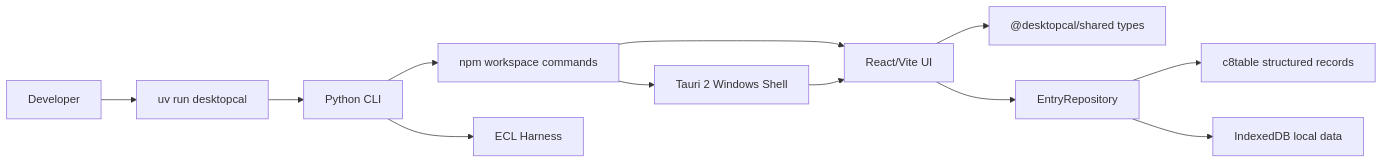
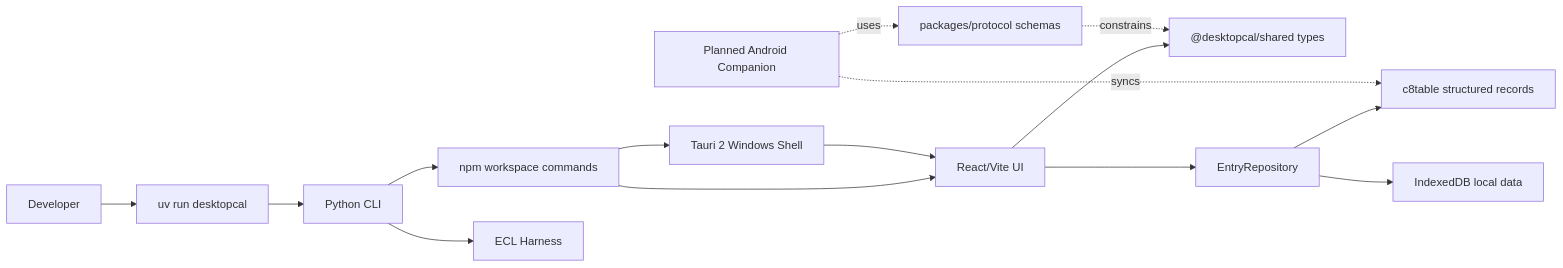
Before and after one commit to HANSEN749/desktopcal-c8table: the first of 2 diagrams in docs/ARCHITECTURE.md, drawn with Mermaid. The commit also changed other lines of this file and 11 other files, not shown here.

Commit message:
Add Android companion protocol plan

````diff
--- a/docs/ARCHITECTURE.md
+++ b/docs/ARCHITECTURE.md
@@ -12,14 +12,17 @@
 ```mermaid
 flowchart LR
   User["Developer"] --> UV["uv run desktopcal"]
   UV --> PyCLI["Python CLI"]
   PyCLI --> NPM["npm workspace commands"]
   NPM --> Web["React/Vite UI"]
   NPM --> Tauri["Tauri 2 Windows Shell"]
   Web --> Shared["@desktopcal/shared types"]
   Web --> Repo["EntryRepository"]
   Repo --> Teable["c8table structured records"]
   Repo --> IndexedDB["IndexedDB local data"]
   Tauri --> Web
   PyCLI --> Harness["ECL Harness"]
+  Android["Planned Android Companion"] -. syncs .-> Teable
+  Android -. uses .-> Protocol["packages/protocol schemas"]
+  Protocol -. constrains .-> Shared
 ```
````
